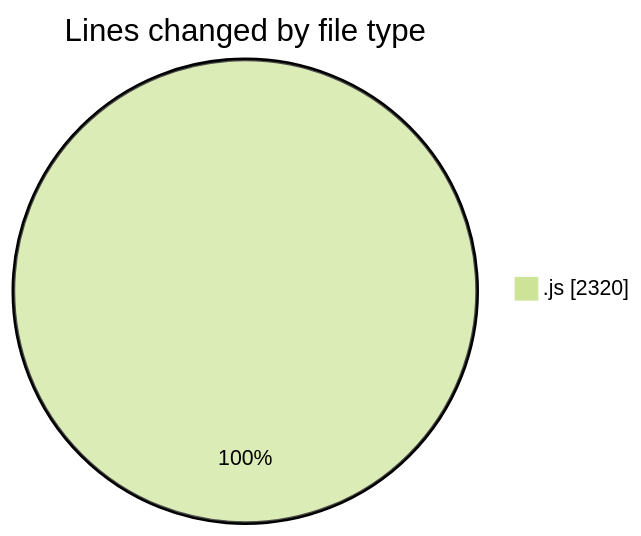
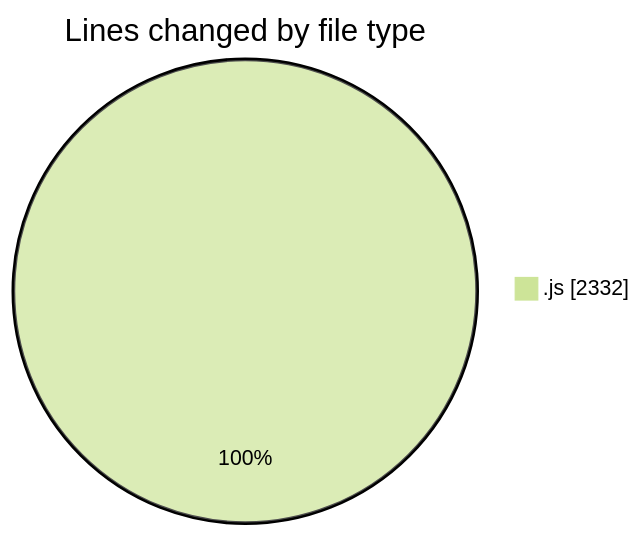
Before and after one commit to nxtqubesakshisongat/code-tracking: the first of 2 diagrams in 2025-12-12/nxtqube_webapp/README.md, drawn with Mermaid (forest theme). The commit also changed other lines of this file and 1 other file, not shown here.

````diff
--- a/2025-12-12/nxtqube_webapp/README.md
+++ b/2025-12-12/nxtqube_webapp/README.md
@@ -20,5 +20,5 @@
 ```mermaid
 pie showData
 title Lines changed by file type
-".js" : 2320
+".js" : 2332
 ```
````
